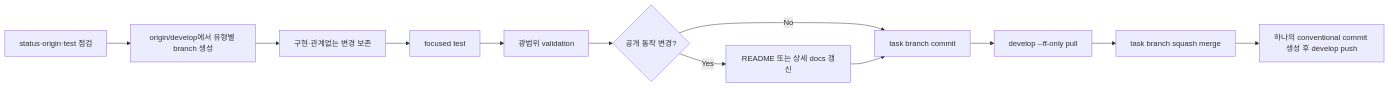
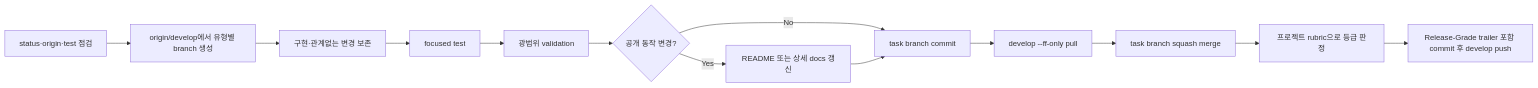
Before and after one commit to 0x0w1/jig: the diagram in docs/ko/skills/develop-task-flow.md, drawn with Mermaid. The commit also changed other lines of this file and 15 other files, not shown here.

````diff
--- a/docs/ko/skills/develop-task-flow.md
+++ b/docs/ko/skills/develop-task-flow.md
@@ -25,14 +25,15 @@
 ```mermaid
 flowchart LR
     Inspect[status·origin·test 점검] --> Branch[origin/develop에서 유형별 branch 생성]
     Branch --> Implement[구현·관계없는 변경 보존]
     Implement --> Focused[focused test]
     Focused --> Broad[광범위 validation]
     Broad --> Docs{공개 동작 변경?}
     Docs -- Yes --> UpdateDocs[README 또는 상세 docs 갱신]
     Docs -- No --> Commit[task branch commit]
     UpdateDocs --> Commit
     Commit --> Refresh[develop --ff-only pull]
     Refresh --> Squash[task branch squash merge]
-    Squash --> Push[하나의 conventional commit 생성 후 develop push]
+    Squash --> Grade[프로젝트 rubric으로 등급 판정]
+    Grade --> Push[Release-Grade trailer 포함 commit 후 develop push]
 ```
````
